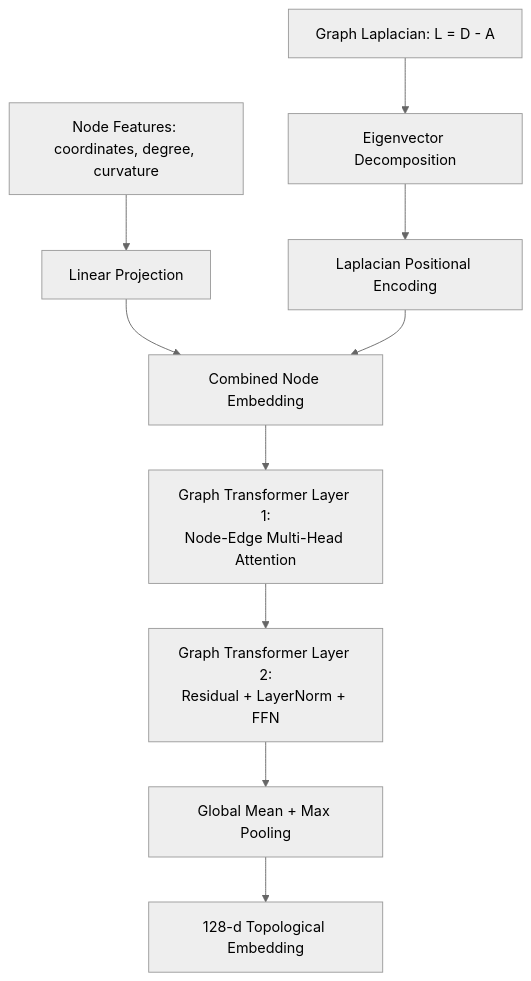
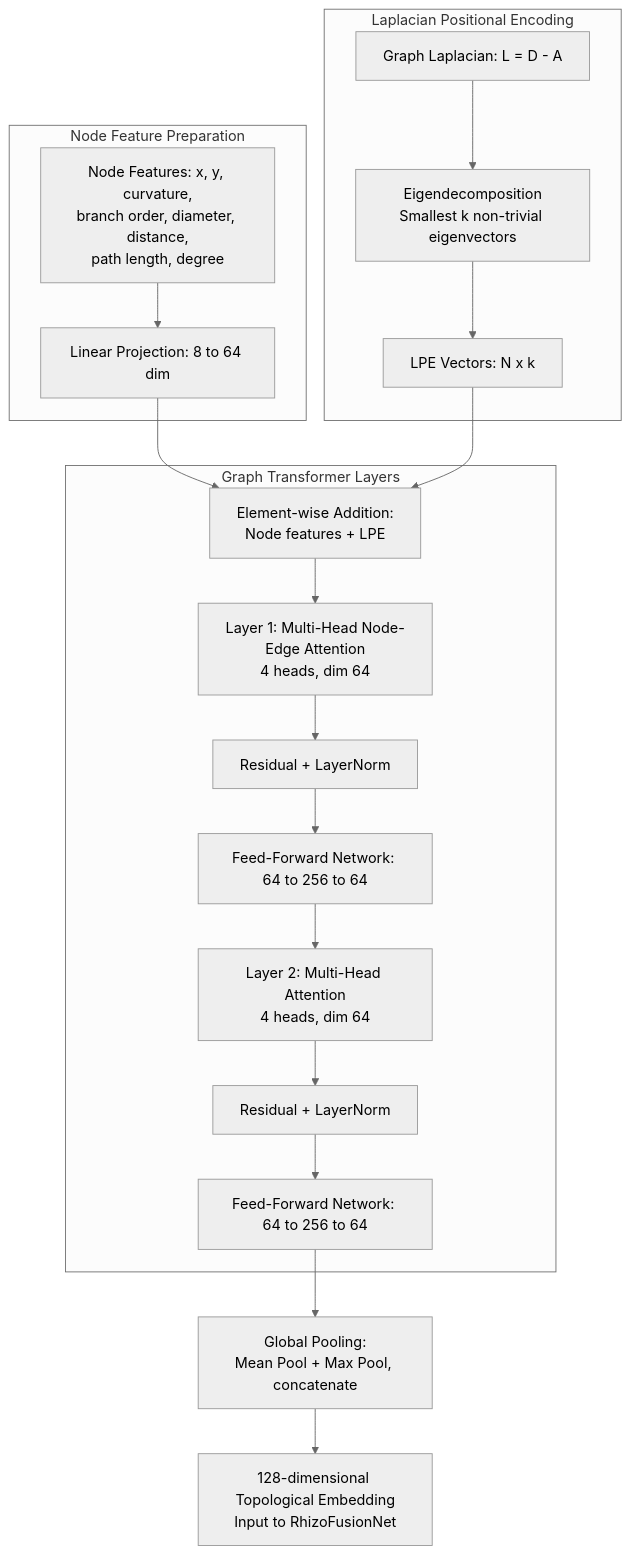
Before and after one commit to Runtime-Slayers/RhizoWhisperer: the sixth of 7 diagrams in elsevier/manuscript.md, drawn with Mermaid (neutral theme). The commit also changed other lines of this file and 7 other files, not shown here.

````diff
--- a/elsevier/manuscript.md
+++ b/elsevier/manuscript.md
@@ -211,11 +337,26 @@
 ```mermaid
 flowchart TD
-    NF["Node Features: coordinates, degree, curvature"] --> NP["Linear Projection"]
-    GL["Graph Laplacian: L = D - A"] --> EIG["Eigenvector Decomposition"]
-    EIG --> LPE["Laplacian Positional Encoding"]
-    NP & LPE --> CONCAT["Combined Node Embedding"]
-    CONCAT --> GT1["Graph Transformer Layer 1:\nNode-Edge Multi-Head Attention"]
-    GT1 --> GT2["Graph Transformer Layer 2:\nResidual + LayerNorm + FFN"]
-    GT2 --> POOL["Global Mean + Max Pooling"]
-    POOL --> EMB["128-d Topological Embedding"]
+    subgraph NodeInput ["Node Feature Preparation"]
+        RAW["Node Features: x, y, curvature,\nbranch order, diameter, distance,\npath length, degree"] --> PROJ["Linear Projection: 8 to 64 dim"]
+    end
+
+    subgraph LPEBlock ["Laplacian Positional Encoding"]
+        LAP["Graph Laplacian: L = D - A"] --> EIGEN["Eigendecomposition\nSmallest k non-trivial eigenvectors"]
+        EIGEN --> LPE_VEC["LPE Vectors: N x k"]
+    end
+
+    PROJ --> COMBINE["Element-wise Addition:\nNode features + LPE"]
+    LPE_VEC --> COMBINE
+
+    subgraph GTLayers ["Graph Transformer Layers"]
+        COMBINE --> GT1["Layer 1: Multi-Head Node-Edge Attention\n4 heads, dim 64"]
+        GT1 --> NORM1["Residual + LayerNorm"]
+        NORM1 --> FFN1["Feed-Forward Network: 64 to 256 to 64"]
+        FFN1 --> GT2["Layer 2: Multi-Head Attention\n4 heads, dim 64"]
+        GT2 --> NORM2["Residual + LayerNorm"]
+        NORM2 --> FFN2["Feed-Forward Network: 64 to 256 to 64"]
+    end
+
+    FFN2 --> POOL["Global Pooling:\nMean Pool + Max Pool, concatenate"]
+    POOL --> EMB["128-dimensional Topological Embedding\nInput to RhizoFusionNet"]
 ```
````
